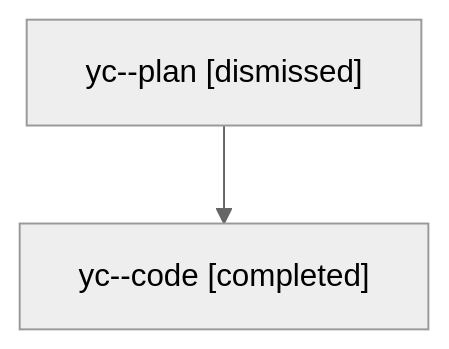
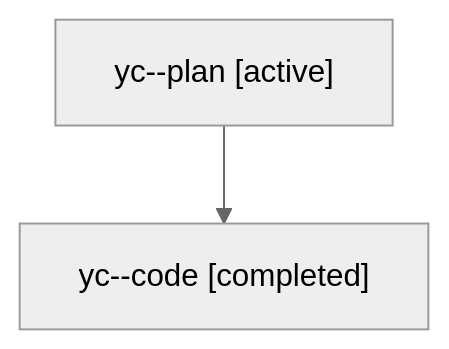
One commit to sase-org/sase--agents changed the diagram in families/bbugyi200.athena.yc.md. Above: the diagram before and after it, drawn with Mermaid (neutral theme). The commit also changed other lines of this file and 35830 other files, not shown here.

````diff
--- a/families/bbugyi200.athena.yc.md
+++ b/families/bbugyi200.athena.yc.md
@@ -9,6 +9,6 @@
 ```mermaid
 flowchart TD
-  n0["yc--plan [dismissed]"]
+  n0["yc--plan [active]"]
   n1["yc--code [completed]"]
   n0 --> n1
 ```
````
